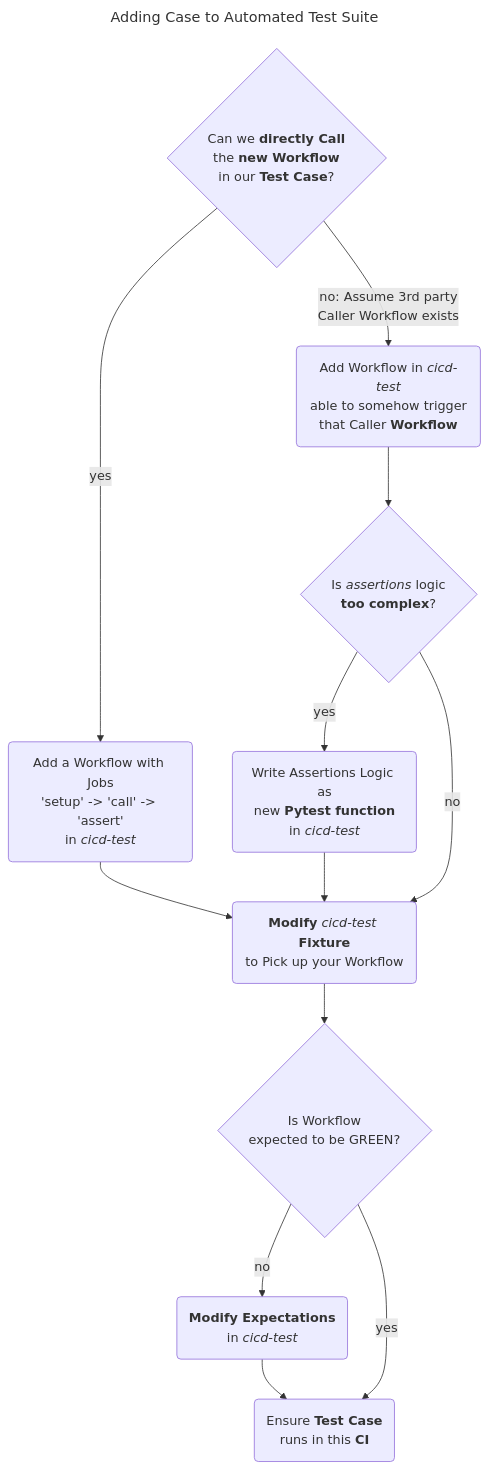
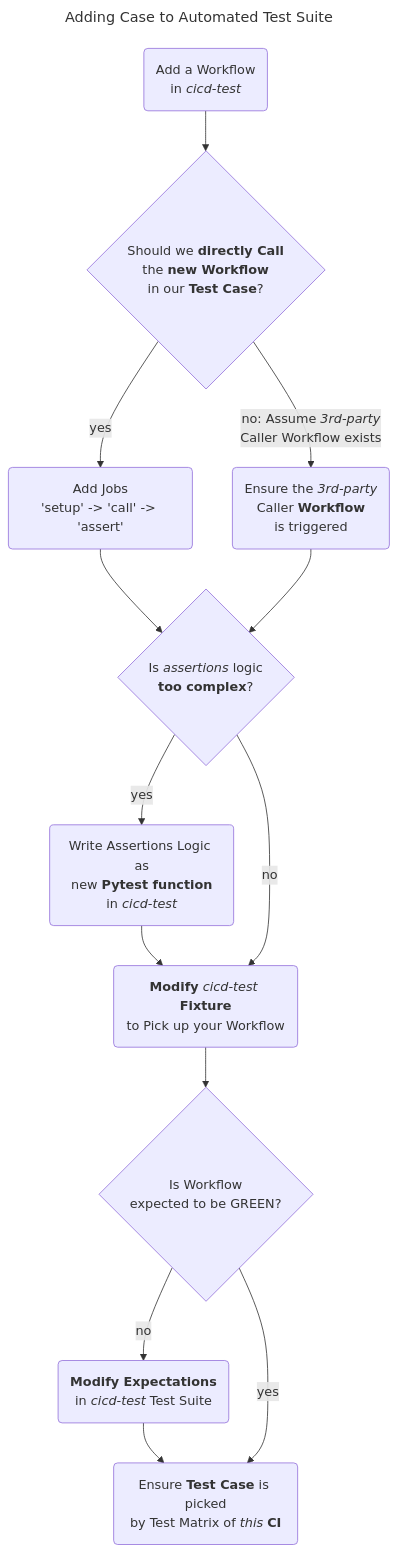
Before and after one commit to boromir674/automated-workflows: the diagram in docs/topics/dev/dev-notes.md, drawn with Mermaid. The commit also changed other lines of this file, not shown here.

Commit message:
docs: improve Test Suite Development Flow Chart

````diff
--- a/docs/topics/dev/dev-notes.md
+++ b/docs/topics/dev/dev-notes.md
@@ -39,7 +43,12 @@
 
 flowchart TB
 
-    caller_in_cicd_test{"`Can we **directly Call**
+    create_cicd_test_workflow("`Add a Workflow
+    in *cicd-test*`")
+
+    create_cicd_test_workflow --> should_directly_call_workflow
+
+    should_directly_call_workflow{"`Should we **directly Call**
     the **new Workflow**
     in our **Test Case**?`"}
 
@@ -47,27 +56,26 @@
     %% Typical Workflow Jobs graph:
     %% setup_givens_n_expectations -> call_new_workflow -> make_assertions
 
-    caller_in_cicd_test --yes --> test_case_calls_new_workflow
+    should_directly_call_workflow --yes --> test_case_calls_new_workflow
 
-    test_case_calls_new_workflow("`Add a Workflow with Jobs
-    'setup' -> 'call' -> 'assert'
-    in *cicd-test*`")
+    test_case_calls_new_workflow("`Add Jobs
+    'setup' -> 'call' -> 'assert'`")
 
-    test_case_calls_new_workflow --> pick_up_caller
 
 
     %% NO: Test Case cannot simply call the new Workflow
     %% Assumes there is a "3rd-party" Caller Workflow
     %% Test Case should ensure it's GIVEN's/WHEN's triggers the 3rd-party Worklfow
 
-    caller_in_cicd_test --"`no: Assume 3rd party
+    should_directly_call_workflow --"`no: Assume *3rd-party*
     Caller Workflow exists`" --> test_case_triggers_caller_of_new_workflow
 
 
-    test_case_triggers_caller_of_new_workflow("`Add Workflow in *cicd-test*
-    able to somehow trigger
-    that Caller **Workflow**`")
+    test_case_triggers_caller_of_new_workflow("`Ensure the *3rd-party*
+    Caller **Workflow**
+    is triggered`")
 
+    test_case_calls_new_workflow --> are_assertions_complex
     test_case_triggers_caller_of_new_workflow --> are_assertions_complex
 
     are_assertions_complex{"`Is *assertions* logic
@@ -98,14 +106,14 @@
     is_green --no --> modify_expectations
 
     modify_expectations("`**Modify Expectations**
-    in *cicd-test*`")
+    in *cicd-test* Test Suite`")
 
     modify_expectations --> modify_this_cicd_pipe
 
     is_green --yes --> modify_this_cicd_pipe
 
-    modify_this_cicd_pipe("`Ensure **Test Case**
-    runs in this **CI**`")
+    modify_this_cicd_pipe("`Ensure **Test Case** is picked
+    by Test Matrix of *this* **CI**`")
 
 
 ```
````
